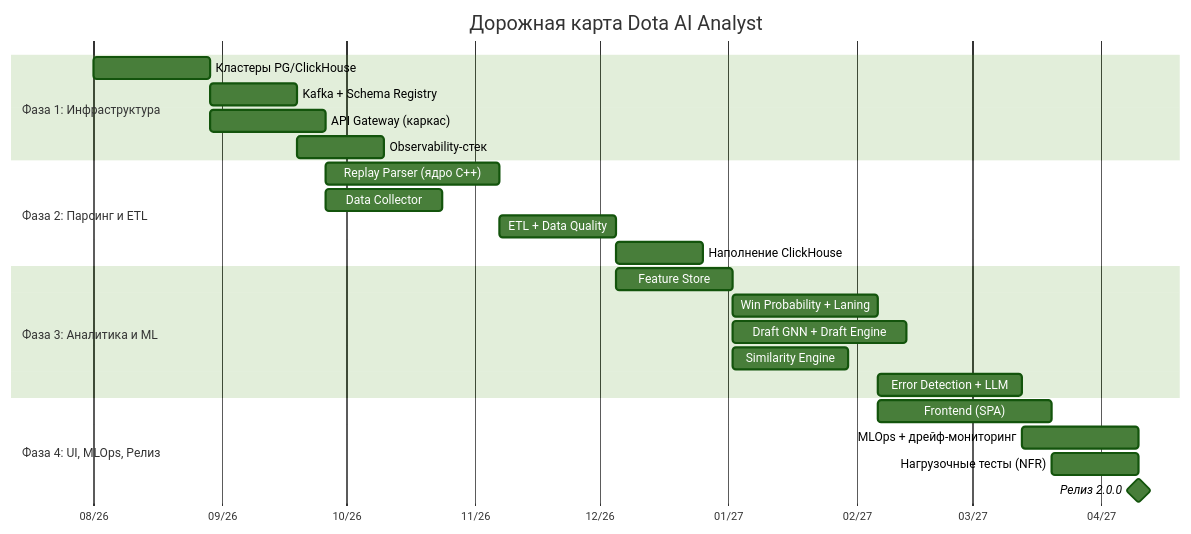
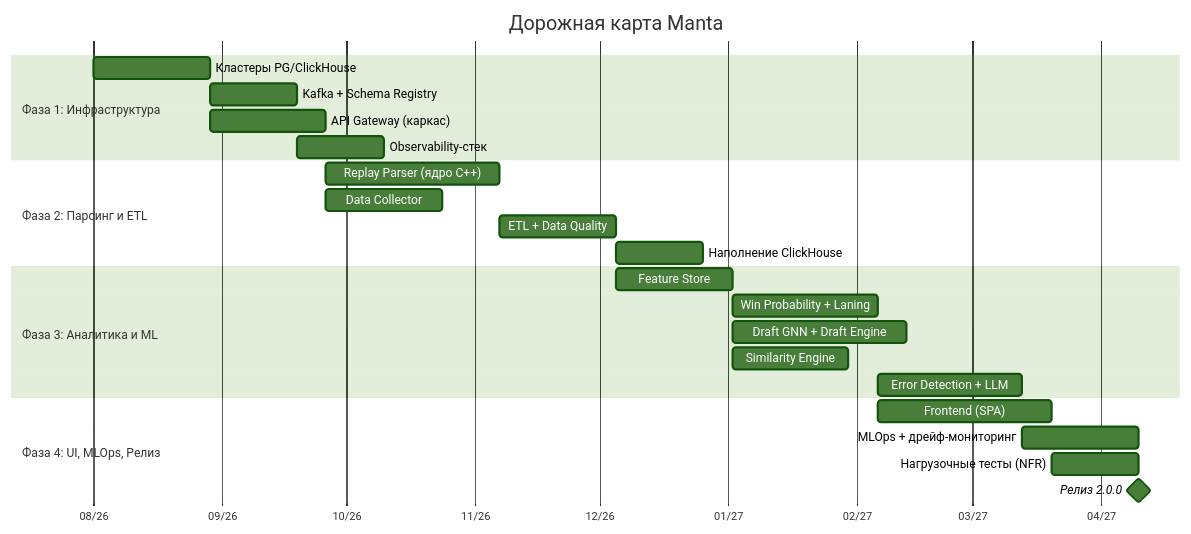
The first of 2 diagrams in docs/specification/ru/14-roadmap.md (unmekeed/manta), drawn with Mermaid (forest theme) before and after one commit. The commit also changed 50 other files, not shown here.

````diff
--- a/docs/specification/ru/14-roadmap.md
+++ b/docs/specification/ru/14-roadmap.md
@@ -16,31 +16,31 @@
 ```mermaid
 gantt
-    title Дорожная карта Dota AI Analyst
+    title Дорожная карта Manta
     dateFormat  YYYY-MM-DD
     axisFormat  %m/%y
 
     section Фаза 1: Инфраструктура
     Кластеры PG/ClickHouse       :p1a, 2026-08-01, 4w
     Kafka + Schema Registry      :p1b, after p1a, 3w
     API Gateway (каркас)         :p1c, after p1a, 4w
     Observability-стек           :p1d, after p1b, 3w
 
     section Фаза 2: Парсинг и ETL
     Replay Parser (ядро C++)     :p2a, after p1c, 6w
     Data Collector               :p2b, after p1c, 4w
     ETL + Data Quality           :p2c, after p2a, 4w
     Наполнение ClickHouse        :p2d, after p2c, 3w
 
     section Фаза 3: Аналитика и ML
     Feature Store                :p3a, after p2c, 4w
     Win Probability + Laning     :p3b, after p3a, 5w
     Draft GNN + Draft Engine     :p3c, after p3a, 6w
     Similarity Engine            :p3d, after p3a, 4w
     Error Detection + LLM        :p3e, after p3b, 5w
 
     section Фаза 4: UI, MLOps, Релиз
     Frontend (SPA)               :p4a, after p3b, 6w
     MLOps + дрейф-мониторинг     :p4b, after p3e, 4w
     Нагрузочные тесты (NFR)      :p4c, after p4a, 3w
     Релиз 2.0.0                  :milestone, after p4c, 0d
 ```
````
